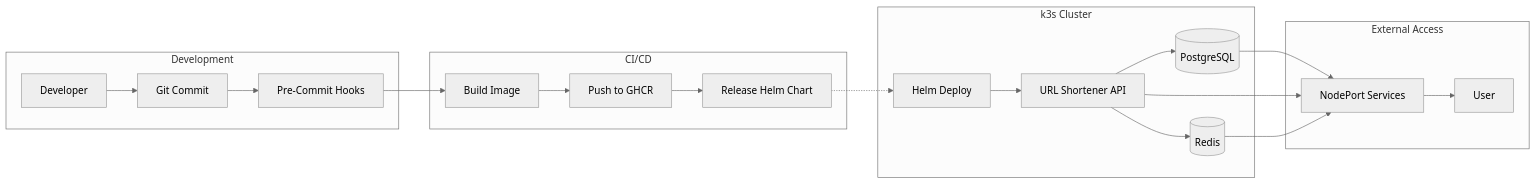
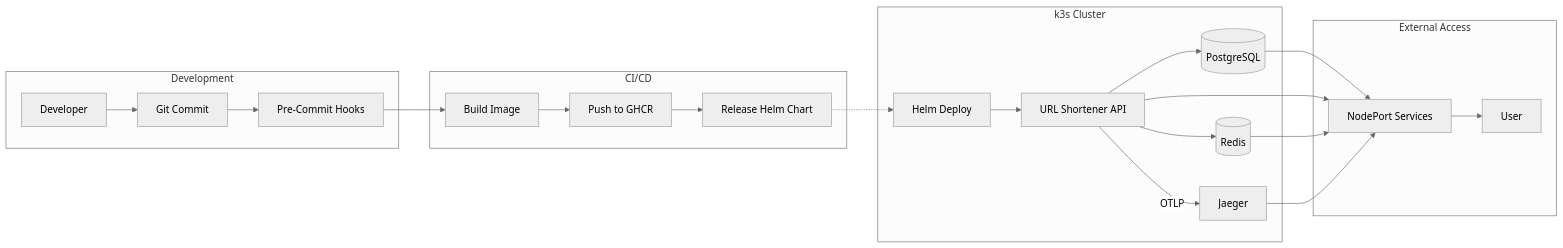
Before and after one commit to recepgunes1/Url-Shortener: the first of 4 diagrams in MERMAIDS.md, drawn with Mermaid (neutral theme). The commit also changed other lines of this file and 2 other files, not shown here.

Commit message:
improve diagrams

````diff
--- a/MERMAIDS.md
+++ b/MERMAIDS.md
@@ -5,36 +5,39 @@
 ```mermaid
 flowchart LR
    subgraph Dev["Development"]
           A[Developer]
           B[Git Commit]
           C[Pre-Commit Hooks]
     end
    subgraph CI["CI/CD"]
           D[Build Image]
           E[Push to GHCR]
           F[Release Helm Chart]
     end
    subgraph K8s["k3s Cluster"]
           G[Helm Deploy]
           H[URL Shortener API]
           I[(PostgreSQL)]
           J[(Redis)]
+          M[Jaeger]
     end
    subgraph Access["External Access"]
           K[NodePort Services]
           L[User]
     end
     A --> B
     B --> C
     C --> D
     D --> E
     E --> F
     F -.-> G
     G --> H
     H --> I
     H --> J
+    H -->|OTLP| M
     I --> K
     H --> K
     J --> K
+    M --> K
     K --> L
 ```
````
